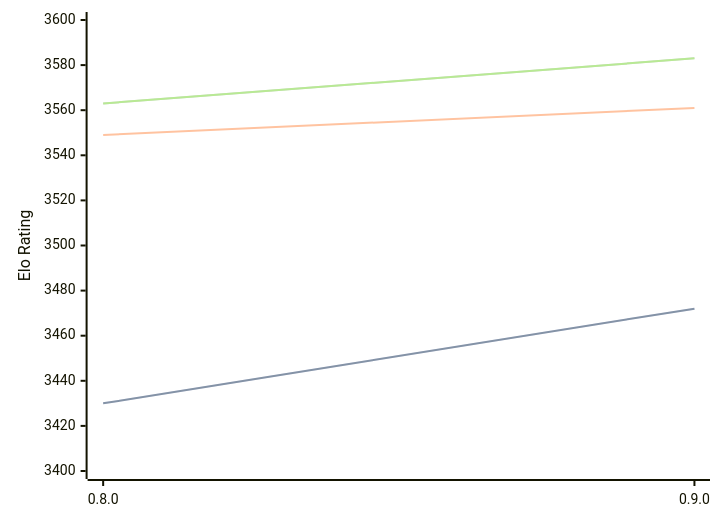
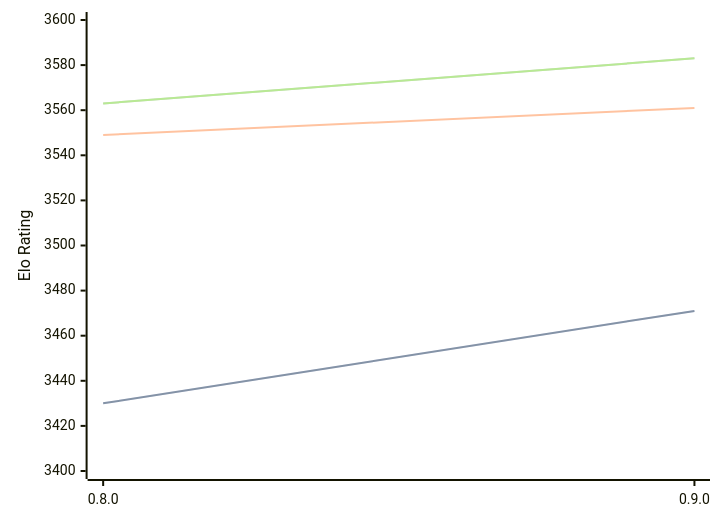
One commit to computer-chess-index/cci changed the diagram in engines/Reckless.md. Above: the diagram before and after it, drawn with Mermaid. The commit also changed other lines of this file, not shown here.

````diff
--- a/engines/Reckless.md
+++ b/engines/Reckless.md
@@ -39,11 +39,11 @@
 ```mermaid
 %%{init: {"theme":"base","themeVariables":{"seriesColors:['#a3a3a3','#222221','#faa371']}}}%%
 xychart-beta
   x-axis ["0.8.0", "0.9.0"]
   y-axis "Elo Rating" 3400 --> 3600
-  line "STC (8.0+0.08s)" [3430, 3472]
-  line "STC (8.0+0.08s)" [3430, 3472]
+  line "STC (8.0+0.08s)" [3430, 3471]
+  line "STC (8.0+0.08s)" [3430, 3471]
   line "LTC (60.0+0.60s)" [3549, 3561]
   line "VLTC (2m24s+1.12s)" [3563, 3583]
   line "VLTC (2m24s+1.12s)" [3563, 3583]
 ```
````
